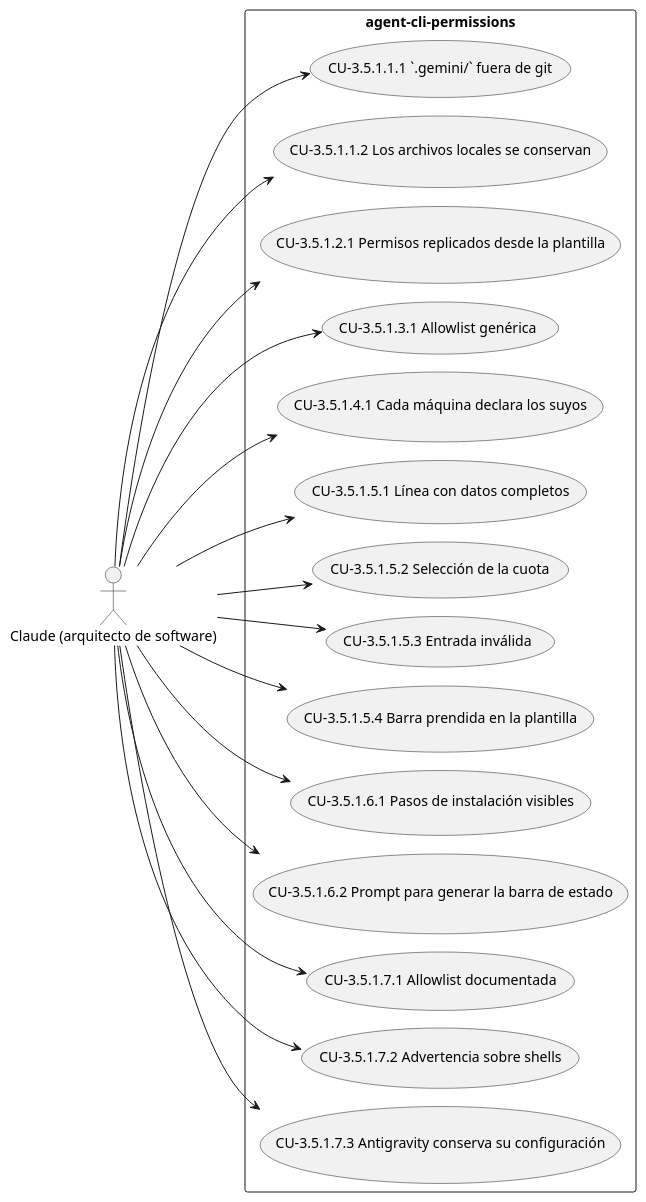
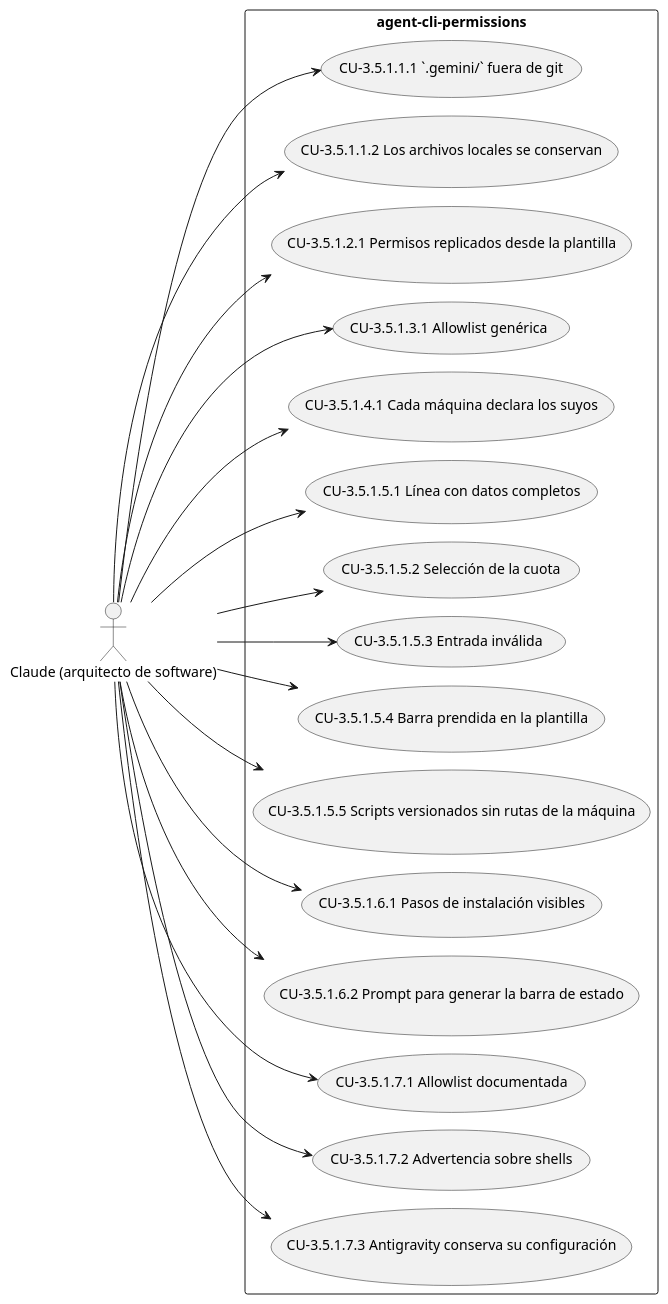
The diagram in docs/diagramas/CAP-3.5.1.puml (Lautaro-Montecchiani/sdd-global-config), drawn with PlantUML before and after one commit. The commit also changed 5 other files, not shown here.

```diff
--- a/docs/diagramas/CAP-3.5.1.puml
+++ b/docs/diagramas/CAP-3.5.1.puml
@@ -1,35 +1,37 @@
 @startuml
 !pragma layout smetana
 left to right direction
 actor "Claude (arquitecto de software)" as A1
 rectangle "agent-cli-permissions" {
   usecase "CU-3.5.1.1.1 `.gemini/` fuera de git" as UC_3_5_1_1_1
   usecase "CU-3.5.1.1.2 Los archivos locales se conservan" as UC_3_5_1_1_2
   usecase "CU-3.5.1.2.1 Permisos replicados desde la plantilla" as UC_3_5_1_2_1
   usecase "CU-3.5.1.3.1 Allowlist genérica" as UC_3_5_1_3_1
   usecase "CU-3.5.1.4.1 Cada máquina declara los suyos" as UC_3_5_1_4_1
   usecase "CU-3.5.1.5.1 Línea con datos completos" as UC_3_5_1_5_1
   usecase "CU-3.5.1.5.2 Selección de la cuota" as UC_3_5_1_5_2
   usecase "CU-3.5.1.5.3 Entrada inválida" as UC_3_5_1_5_3
   usecase "CU-3.5.1.5.4 Barra prendida en la plantilla" as UC_3_5_1_5_4
+  usecase "CU-3.5.1.5.5 Scripts versionados sin rutas de la máquina" as UC_3_5_1_5_5
   usecase "CU-3.5.1.6.1 Pasos de instalación visibles" as UC_3_5_1_6_1
   usecase "CU-3.5.1.6.2 Prompt para generar la barra de estado" as UC_3_5_1_6_2
   usecase "CU-3.5.1.7.1 Allowlist documentada" as UC_3_5_1_7_1
   usecase "CU-3.5.1.7.2 Advertencia sobre shells" as UC_3_5_1_7_2
   usecase "CU-3.5.1.7.3 Antigravity conserva su configuración" as UC_3_5_1_7_3
 }
 A1 --> UC_3_5_1_1_1
 A1 --> UC_3_5_1_1_2
 A1 --> UC_3_5_1_2_1
 A1 --> UC_3_5_1_3_1
 A1 --> UC_3_5_1_4_1
 A1 --> UC_3_5_1_5_1
 A1 --> UC_3_5_1_5_2
 A1 --> UC_3_5_1_5_3
 A1 --> UC_3_5_1_5_4
+A1 --> UC_3_5_1_5_5
 A1 --> UC_3_5_1_6_1
 A1 --> UC_3_5_1_6_2
 A1 --> UC_3_5_1_7_1
 A1 --> UC_3_5_1_7_2
 A1 --> UC_3_5_1_7_3
 @enduml
```
